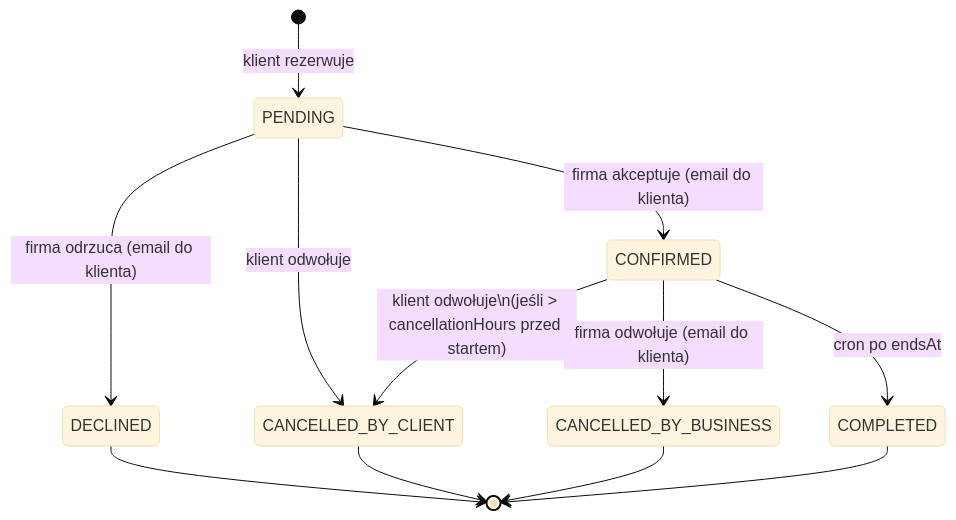
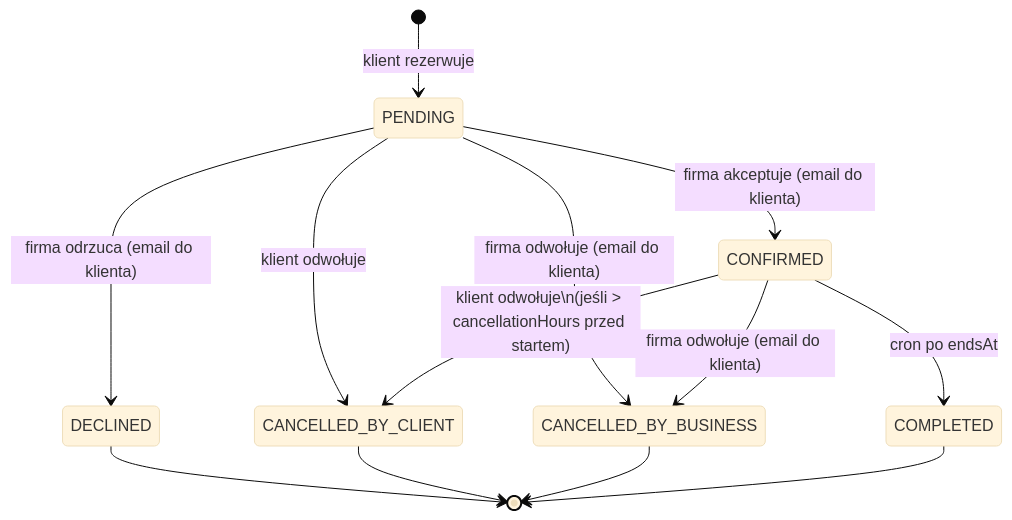
The second of 2 diagrams in docs/SDD.md (whit33y/bookit), drawn with Mermaid (base theme) before and after one commit. The commit also changed other lines of this file and 7 other files, not shown here.

````diff
--- a/docs/SDD.md
+++ b/docs/SDD.md
@@ -395,14 +395,15 @@
 ```mermaid
 stateDiagram-v2
     [*] --> PENDING : klient rezerwuje
     PENDING --> CONFIRMED : firma akceptuje (email do klienta)
     PENDING --> DECLINED : firma odrzuca (email do klienta)
     PENDING --> CANCELLED_BY_CLIENT : klient odwołuje
+    PENDING --> CANCELLED_BY_BUSINESS : firma odwołuje (email do klienta)
     CONFIRMED --> CANCELLED_BY_CLIENT : klient odwołuje\n(jeśli > cancellationHours przed startem)
     CONFIRMED --> CANCELLED_BY_BUSINESS : firma odwołuje (email do klienta)
     CONFIRMED --> COMPLETED : cron po endsAt
     DECLINED --> [*]
     CANCELLED_BY_CLIENT --> [*]
     CANCELLED_BY_BUSINESS --> [*]
     COMPLETED --> [*]
 ```
````
